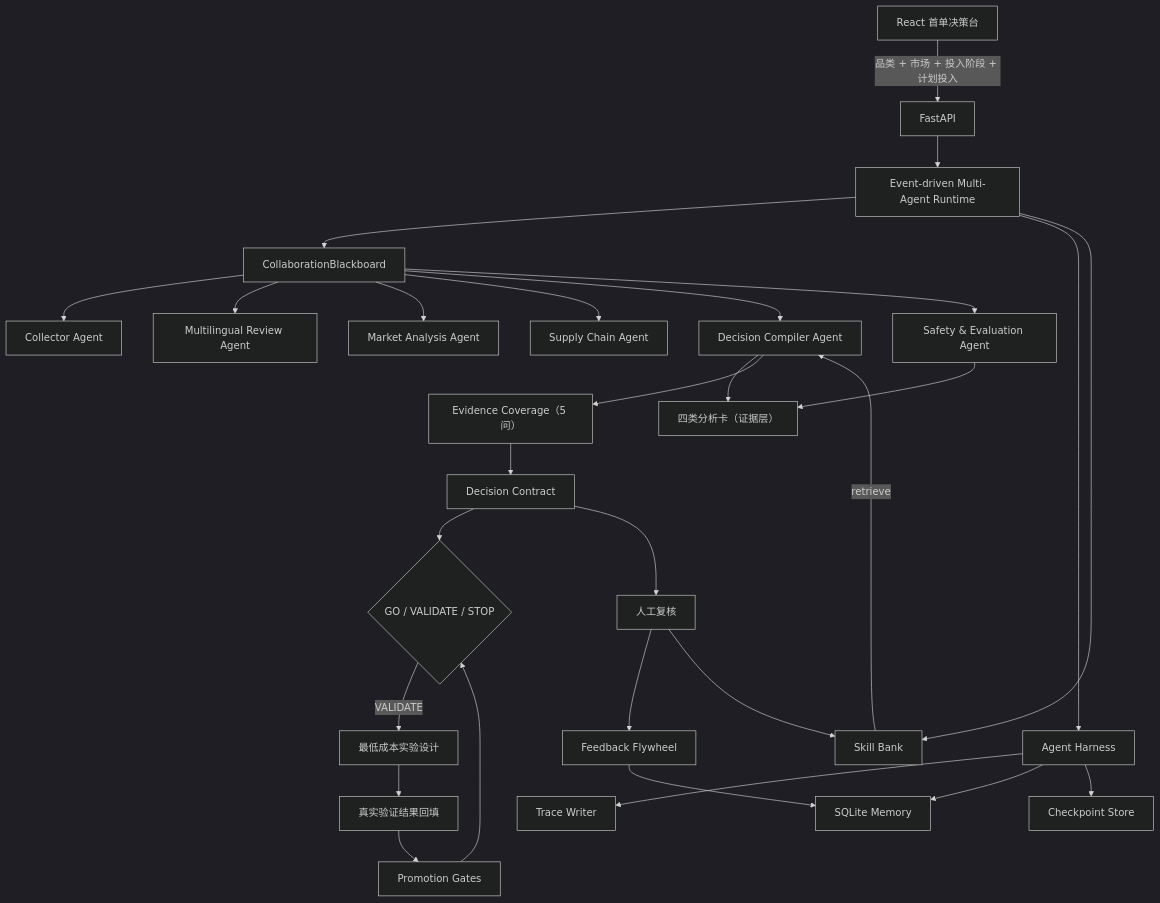
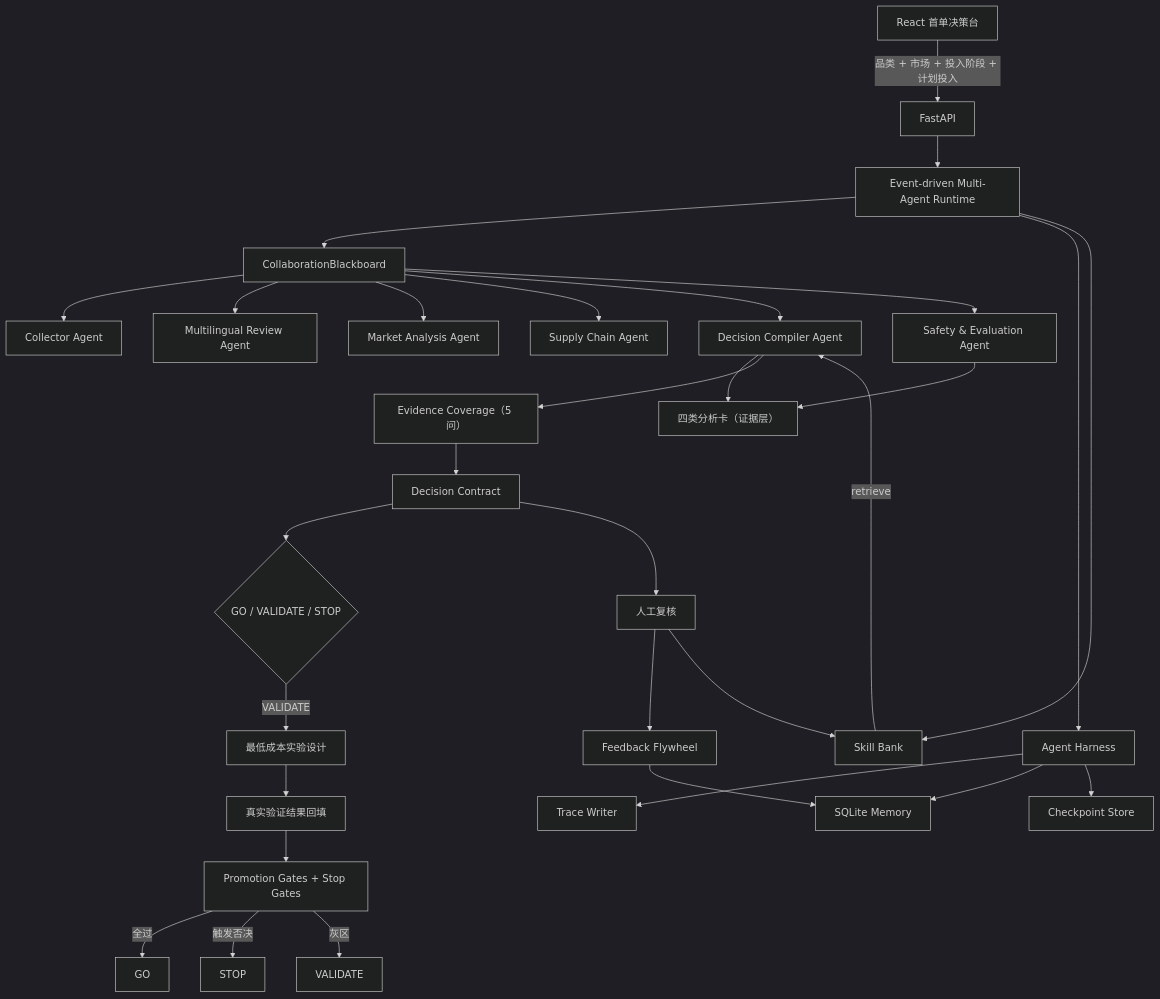
The diagram in README.md (royd132/xianjiluopan), drawn with Mermaid (dark theme) before and after one commit. The commit also changed other lines of this file and 3 other files, not shown here.

````diff
--- a/README.md
+++ b/README.md
@@ -174,33 +174,35 @@
 ```mermaid
 flowchart TB
     UI["React 首单决策台"] -->|"品类 + 市场 + 投入阶段 + 计划投入"| API["FastAPI"]
     API --> RT["Event-driven Multi-Agent Runtime"]
     RT --> BB["CollaborationBlackboard"]
     RT --> H["Agent Harness"]
     RT --> SB["Skill Bank"]
     H --> T["Trace Writer"]
     H --> M["SQLite Memory"]
     H --> C["Checkpoint Store"]
 
     BB --> A1["Collector Agent"]
     BB --> A2["Multilingual Review Agent"]
     BB --> A3["Market Analysis Agent"]
     BB --> A4["Supply Chain Agent"]
     BB --> A5["Decision Compiler Agent"]
     BB --> A6["Safety & Evaluation Agent"]
 
     SB -->|"retrieve"| A5
     A5 --> CARDS["四类分析卡（证据层）"]
     A5 --> COV["Evidence Coverage（5 问）"]
     COV --> CONTRACT["Decision Contract"]
     CONTRACT --> VERDICT{"GO / VALIDATE / STOP"}
     VERDICT -->|VALIDATE| EXP["最低成本实验设计"]
     EXP --> VR["真实验证结果回填"]
-    VR --> GATES["Promotion Gates"]
-    GATES --> VERDICT
+    VR --> GATES["Promotion Gates + Stop Gates"]
+    GATES -->|全过| GO["GO"]
+    GATES -->|触发否决| STOP["STOP"]
+    GATES -->|灰区| VALIDATE["VALIDATE"]
     A6 --> CARDS
     CONTRACT --> HITL["人工复核"]
     HITL --> FLY["Feedback Flywheel"]
     HITL --> SB
     FLY --> M
 ```
````
